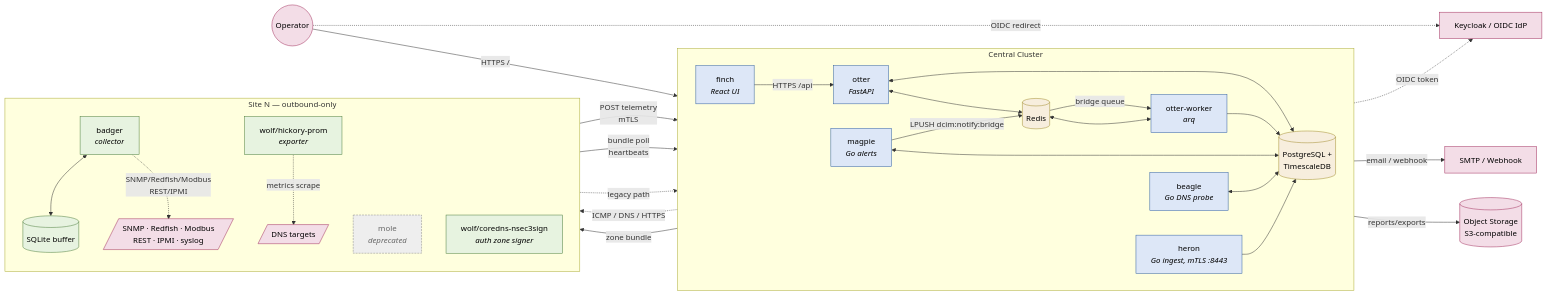
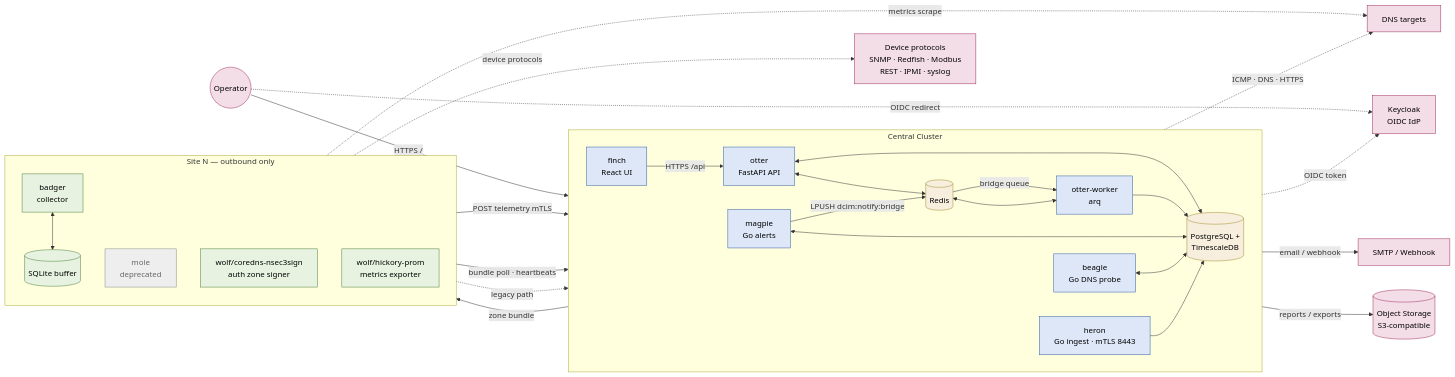
Before and after one commit to 192d-Wing/usg-dcim: the diagram in docs/ARCHITECTURE.md, drawn with Mermaid.

Commit message:
docs(architecture): fix mermaid rendering - quoted labels, no slash-shapes, no HTML italics

````diff
--- a/docs/ARCHITECTURE.md
+++ b/docs/ARCHITECTURE.md
@@ -31,70 +31,70 @@
 ```mermaid
 flowchart LR
-    classDef central fill:#dde7f7,stroke:#2c5ca0,color:#000;
-    classDef site fill:#e7f3e0,stroke:#4a7c3a,color:#000;
-    classDef store fill:#f7eedd,stroke:#a08a2c,color:#000;
-    classDef ext fill:#f3dde7,stroke:#a02c5c,color:#000;
-    classDef dep fill:#eee,stroke:#888,color:#666,stroke-dasharray: 4 2;
+    classDef central fill:#dde7f7,stroke:#2c5ca0,color:#000
+    classDef site fill:#e7f3e0,stroke:#4a7c3a,color:#000
+    classDef store fill:#f7eedd,stroke:#a08a2c,color:#000
+    classDef ext fill:#f3dde7,stroke:#a02c5c,color:#000
+    classDef dep fill:#eeeeee,stroke:#888888,color:#666666
 
-    operator((Operator))
-    idp[Keycloak / OIDC IdP]
-    smtp[SMTP / Webhook]
-    s3[(Object Storage<br/>S3-compatible)]
+    operator(("Operator"))
+    idp["Keycloak<br/>OIDC IdP"]
+    smtp["SMTP / Webhook"]
+    s3[("Object Storage<br/>S3-compatible")]
+    devices["Device protocols<br/>SNMP · Redfish · Modbus<br/>REST · IPMI · syslog"]
+    dns_t["DNS targets"]
 
-    subgraph central[Central Cluster]
+    subgraph central["Central Cluster"]
         direction LR
-        finch[finch<br/><i>React UI</i>]
-        otter[otter<br/><i>FastAPI</i>]
-        worker[otter-worker<br/><i>arq</i>]
-        heron[heron<br/><i>Go ingest, mTLS :8443</i>]
-        magpie[magpie<br/><i>Go alerts</i>]
-        beagle[beagle<br/><i>Go DNS probe</i>]
-        pg[(PostgreSQL +<br/>TimescaleDB)]
-        redis[(Redis)]
+        finch["finch<br/>React UI"]
+        otter["otter<br/>FastAPI API"]
+        worker["otter-worker<br/>arq"]
+        heron["heron<br/>Go ingest · mTLS 8443"]
+        magpie["magpie<br/>Go alerts"]
+        beagle["beagle<br/>Go DNS probe"]
+        pg[("PostgreSQL +<br/>TimescaleDB")]
+        redis[("Redis")]
     end
 
-    subgraph site[Site N — outbound-only]
+    subgraph site["Site N — outbound only"]
         direction TB
-        badger[badger<br/><i>collector</i>]
-        buf[(SQLite buffer)]
-        mole[mole<br/><i>deprecated</i>]
-        coredns[wolf/coredns-nsec3sign<br/><i>auth zone signer</i>]
-        hickory[wolf/hickory-prom<br/><i>exporter</i>]
-        devices[/SNMP · Redfish · Modbus<br/>REST · IPMI · syslog/]
-        dns_t[/DNS targets/]
+        badger["badger<br/>collector"]
+        buf[("SQLite buffer")]
+        mole["mole<br/>deprecated"]
+        coredns["wolf/coredns-nsec3sign<br/>auth zone signer"]
+        hickory["wolf/hickory-prom<br/>metrics exporter"]
     end
 
     operator -- "HTTPS /" --> finch
-    operator -. OIDC redirect .-> idp
+    operator -. "OIDC redirect" .-> idp
     finch -- "HTTPS /api" --> otter
-    finch -. OIDC token .-> idp
+    finch -. "OIDC token" .-> idp
     otter <--> pg
     otter <--> redis
     worker <--> redis
     worker --> pg
-    worker -- email / webhook --> smtp
-    otter -- reports/exports --> s3
+    worker -- "email / webhook" --> smtp
+    otter -- "reports / exports" --> s3
 
     magpie <--> pg
     magpie -- "LPUSH dcim:notify:bridge" --> redis
-    redis -- bridge queue --> worker
+    redis -- "bridge queue" --> worker
 
     beagle <--> pg
-    beagle -. ICMP / DNS / HTTPS .-> dns_t
+    beagle -. "ICMP · DNS · HTTPS" .-> dns_t
 
     heron --> pg
-    badger -- "POST telemetry<br/>mTLS" --> heron
-    badger -- "bundle poll<br/>heartbeats" --> otter
+    badger -- "POST telemetry mTLS" --> heron
+    badger -- "bundle poll · heartbeats" --> otter
     badger <--> buf
-    badger -. SNMP/Redfish/Modbus<br/>REST/IPMI .-> devices
+    badger -. "device protocols" .-> devices
 
-    mole -. legacy path .-> heron
-    otter -- zone bundle --> coredns
-    hickory -. metrics scrape .-> dns_t
+    mole -. "legacy path" .-> heron
+    otter -- "zone bundle" --> coredns
+    hickory -. "metrics scrape" .-> dns_t
 
-    class finch,otter,worker,heron,magpie,beagle central;
-    class pg,redis store;
-    class badger,buf,coredns,hickory site;
-    class mole dep;
-    class operator,idp,smtp,s3,devices,dns_t ext;
+    class finch,otter,worker,heron,magpie,beagle central
+    class pg,redis store
+    class badger,buf,coredns,hickory site
+    class mole dep
+    class operator,idp,smtp,s3,devices,dns_t ext
 ```
````
